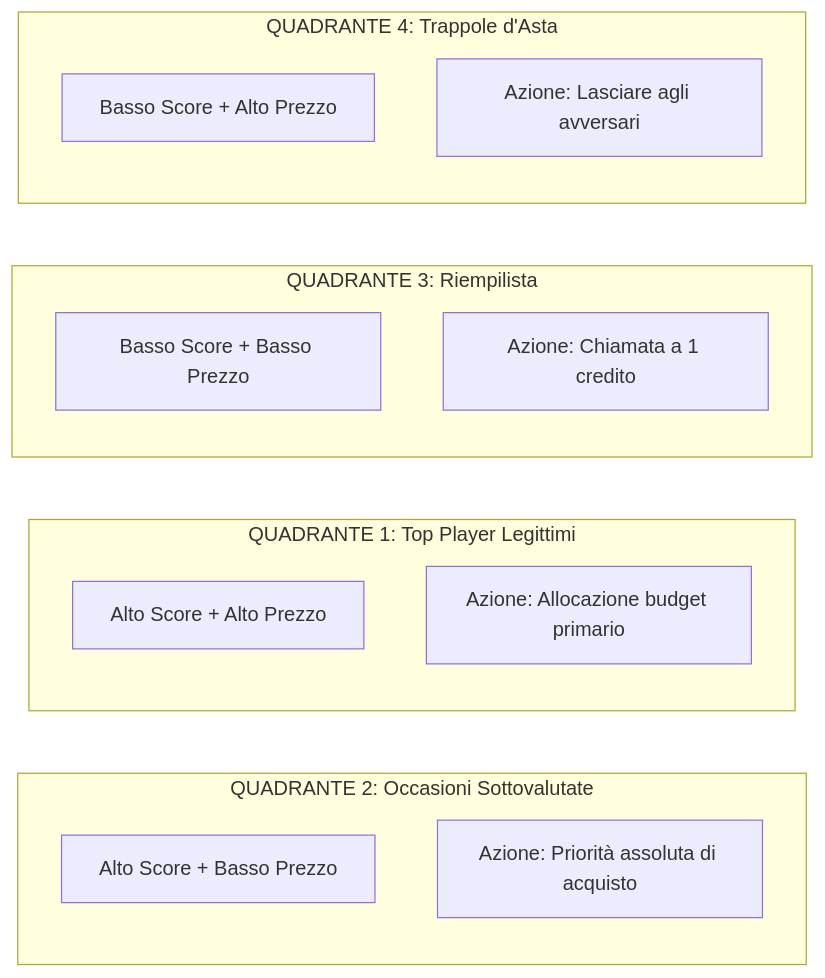
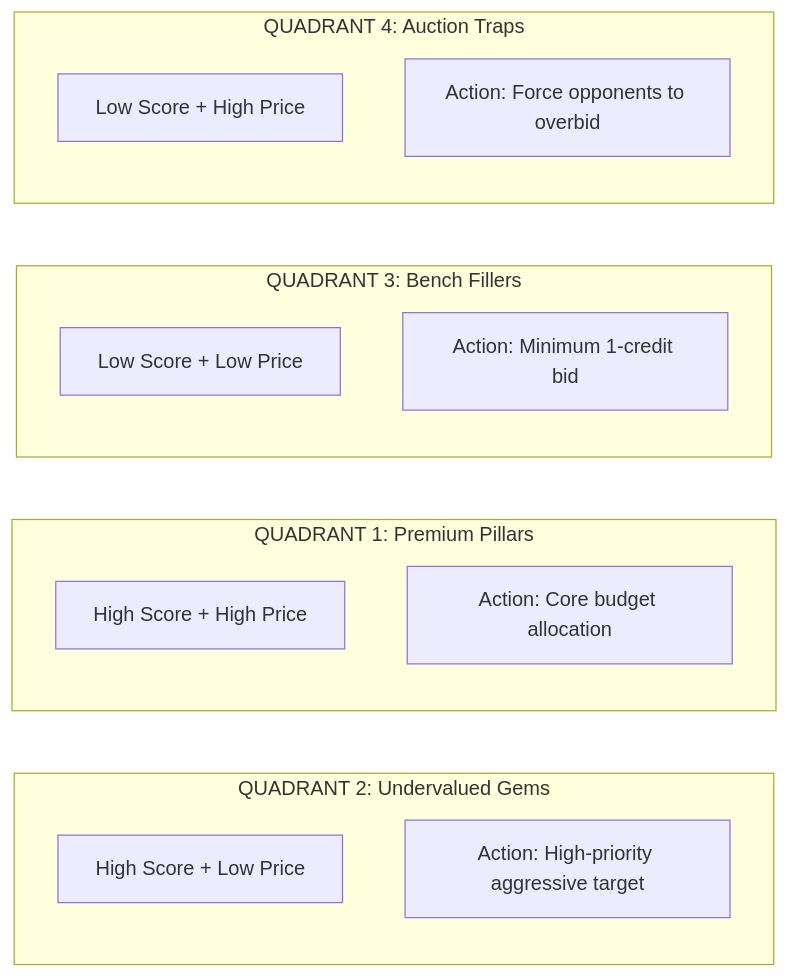
Before and after one commit to spectrelabo/fanta-lab: the fourth of 4 diagrams in README.md, drawn with Mermaid. The commit also changed other lines of this file and 3 other files, not shown here.

````diff
--- a/README.md
+++ b/README.md
@@ -180,22 +181,22 @@
 ```mermaid
 flowchart LR
-    subgraph Q2_Box ["QUADRANTE 2: Occasioni Sottovalutate"]
-        Q2_T["Alto Score + Basso Prezzo"]
-        Q2_A["Azione: Priorità assoluta di acquisto"]
+    subgraph Q2_Box ["QUADRANT 2: Undervalued Gems"]
+        Q2_T["High Score + Low Price"]
+        Q2_A["Action: High-priority aggressive target"]
     end
 
-    subgraph Q1_Box ["QUADRANTE 1: Top Player Legittimi"]
-        Q1_T["Alto Score + Alto Prezzo"]
-        Q1_A["Azione: Allocazione budget primario"]
+    subgraph Q1_Box ["QUADRANT 1: Premium Pillars"]
+        Q1_T["High Score + High Price"]
+        Q1_A["Action: Core budget allocation"]
     end
 
-    subgraph Q3_Box ["QUADRANTE 3: Riempilista"]
-        Q3_T["Basso Score + Basso Prezzo"]
-        Q3_A["Azione: Chiamata a 1 credito"]
+    subgraph Q3_Box ["QUADRANT 3: Bench Fillers"]
+        Q3_T["Low Score + Low Price"]
+        Q3_A["Action: Minimum 1-credit bid"]
     end
 
-    subgraph Q4_Box ["QUADRANTE 4: Trappole d'Asta"]
-        Q4_T["Basso Score + Alto Prezzo"]
-        Q4_A["Azione: Lasciare agli avversari"]
+    subgraph Q4_Box ["QUADRANT 4: Auction Traps"]
+        Q4_T["Low Score + High Price"]
+        Q4_A["Action: Force opponents to overbid"]
     end
 ```
````
